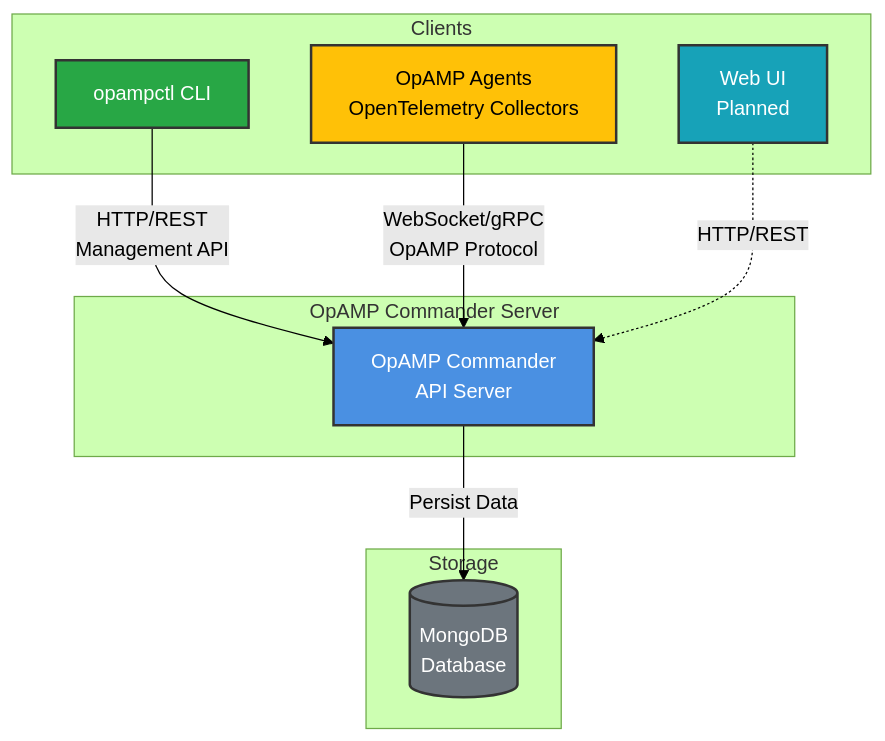
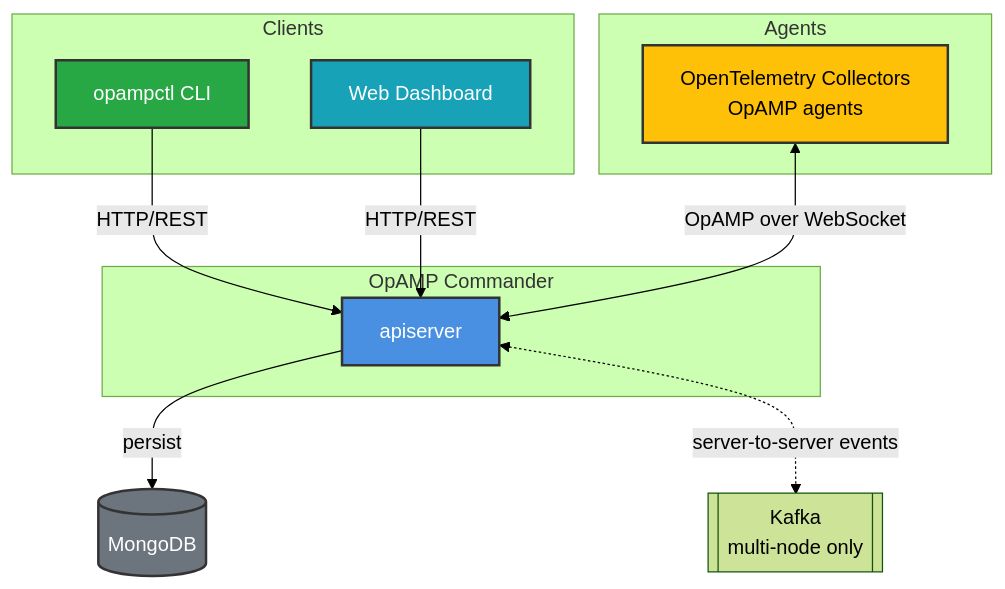
The first of 3 diagrams in docs/content/en/docs/overview/_index.md (minuk-dev/opampcommander), drawn with Mermaid (forest theme) before and after one commit. The commit also changed other lines of this file and 15 other files, not shown here.

First line of the commit message:
docs: enhance opampctl, apiserver, and web documentation

````diff
--- a/docs/content/en/docs/overview/_index.md
+++ b/docs/content/en/docs/overview/_index.md
@@ -37,27 +43,27 @@
 ```mermaid
 graph TB
     subgraph Clients
         CLI[opampctl CLI]
-        Agent[OpAMP Agents<br/>OpenTelemetry Collectors]
-        WebUI[Web UI<br/>Planned]
+        WebUI[Web Dashboard]
     end
+    subgraph Agents
+        Agent[OpenTelemetry Collectors<br/>OpAMP agents]
+    end
+    subgraph Server["OpAMP Commander"]
+        API[apiserver]
+    end
+    DB[(MongoDB)]
+    MQ[[Kafka<br/>multi-node only]]
 
-    subgraph "OpAMP Commander Server"
-        Server[OpAMP Commander<br/>API Server]
-    end
+    CLI -->|HTTP/REST| API
+    WebUI -->|HTTP/REST| API
+    Agent <-->|OpAMP over WebSocket| API
+    API -->|persist| DB
+    API <-.->|server-to-server events| MQ
 
-    subgraph Storage
-        DB[(MongoDB<br/>Database)]
-    end
-
-    CLI -->|HTTP/REST<br/>Management API| Server
-    Agent -->|WebSocket/gRPC<br/>OpAMP Protocol| Server
-    WebUI -.->|HTTP/REST| Server
-    Server -->|Persist Data| DB
-
-    style Server fill:#4a90e2,stroke:#333,stroke-width:2px,color:#fff
+    style API fill:#4a90e2,stroke:#333,stroke-width:2px,color:#fff
     style DB fill:#6c757d,stroke:#333,stroke-width:2px,color:#fff
     style CLI fill:#28a745,stroke:#333,stroke-width:2px,color:#fff
     style Agent fill:#ffc107,stroke:#333,stroke-width:2px,color:#000
     style WebUI fill:#17a2b8,stroke:#333,stroke-width:2px,color:#fff
 ```
````
